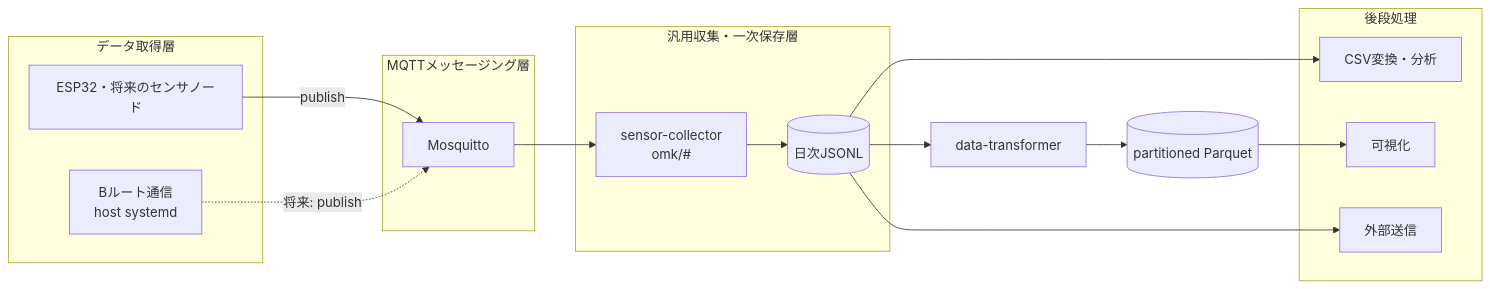
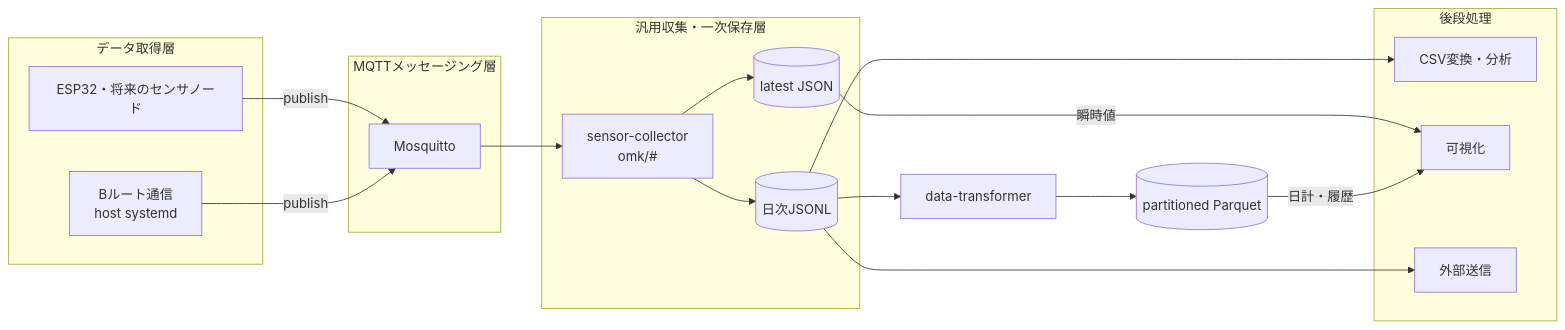
Before and after one commit to shattori-criepi/omk: the second of 2 diagrams in docs/architecture.md, drawn with Mermaid. The commit also changed other lines of this file and 12 other files, not shown here.

````diff
--- a/docs/architecture.md
+++ b/docs/architecture.md
@@ -91,27 +91,30 @@
 ```mermaid
 flowchart LR
     subgraph Acquisition[データ取得層]
         ESP[ESP32・将来のセンサノード]
         BR[Bルート通信<br/>host systemd]
     end
     subgraph Messaging[MQTTメッセージング層]
         MQ[Mosquitto]
     end
     subgraph Collection[汎用収集・一次保存層]
         COL[sensor-collector<br/>omk/#]
         JSONL[(日次JSONL)]
+        LATEST[(latest JSON)]
     end
     subgraph Downstream[後段処理]
         CSV[CSV変換・分析]
         VIEW[可視化]
         SEND[外部送信]
     end
     ESP -->|publish| MQ
-    BR -. 将来: publish .-> MQ
+    BR -->|publish| MQ
     MQ --> COL --> JSONL
+    COL --> LATEST
     JSONL --> TRANSFORM[data-transformer]
     TRANSFORM --> PARQUET[(partitioned Parquet)]
     JSONL --> CSV
-    PARQUET --> VIEW
+    LATEST -->|瞬時値| VIEW
+    PARQUET -->|日計・履歴| VIEW
     JSONL --> SEND
 ```
````
